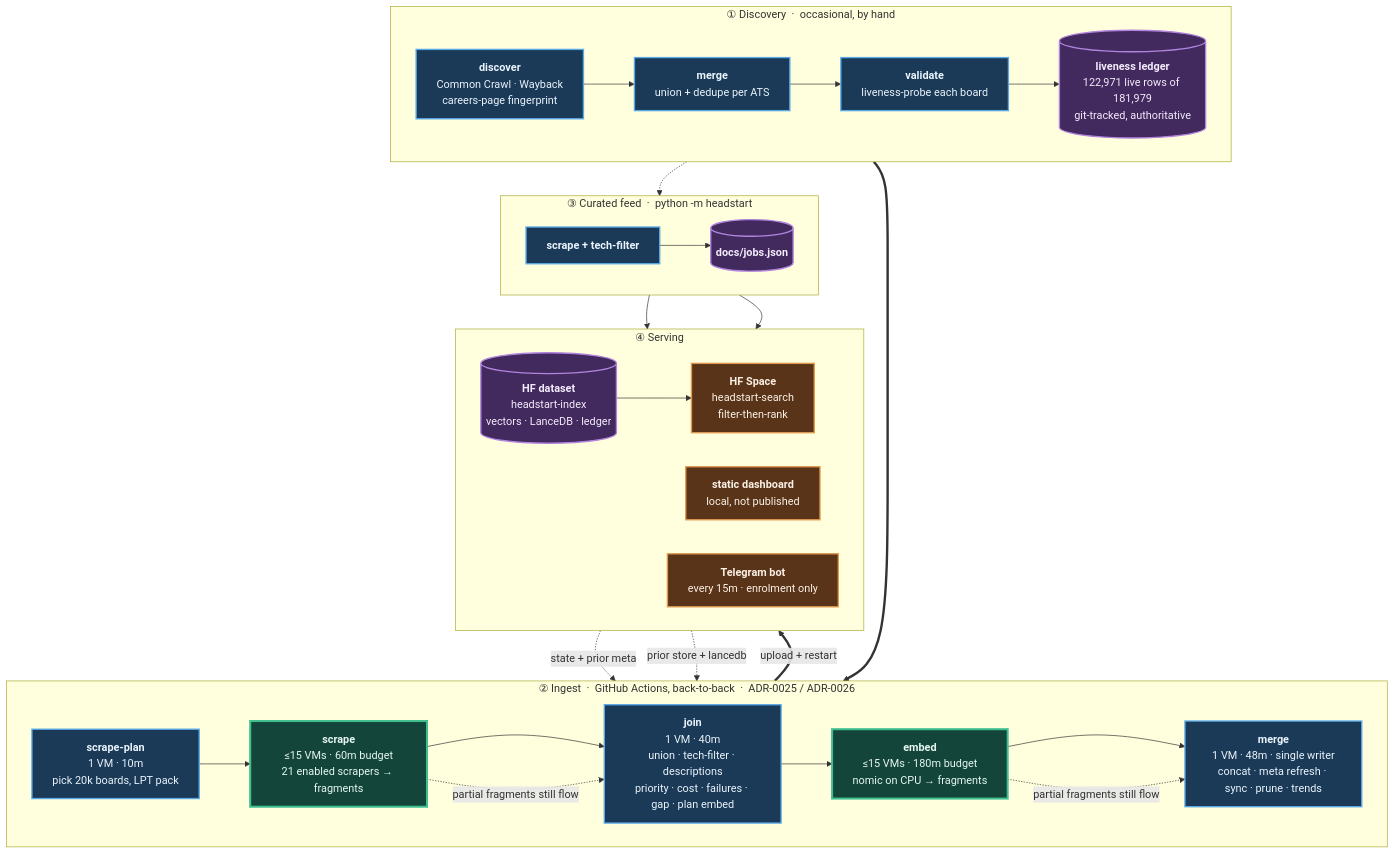
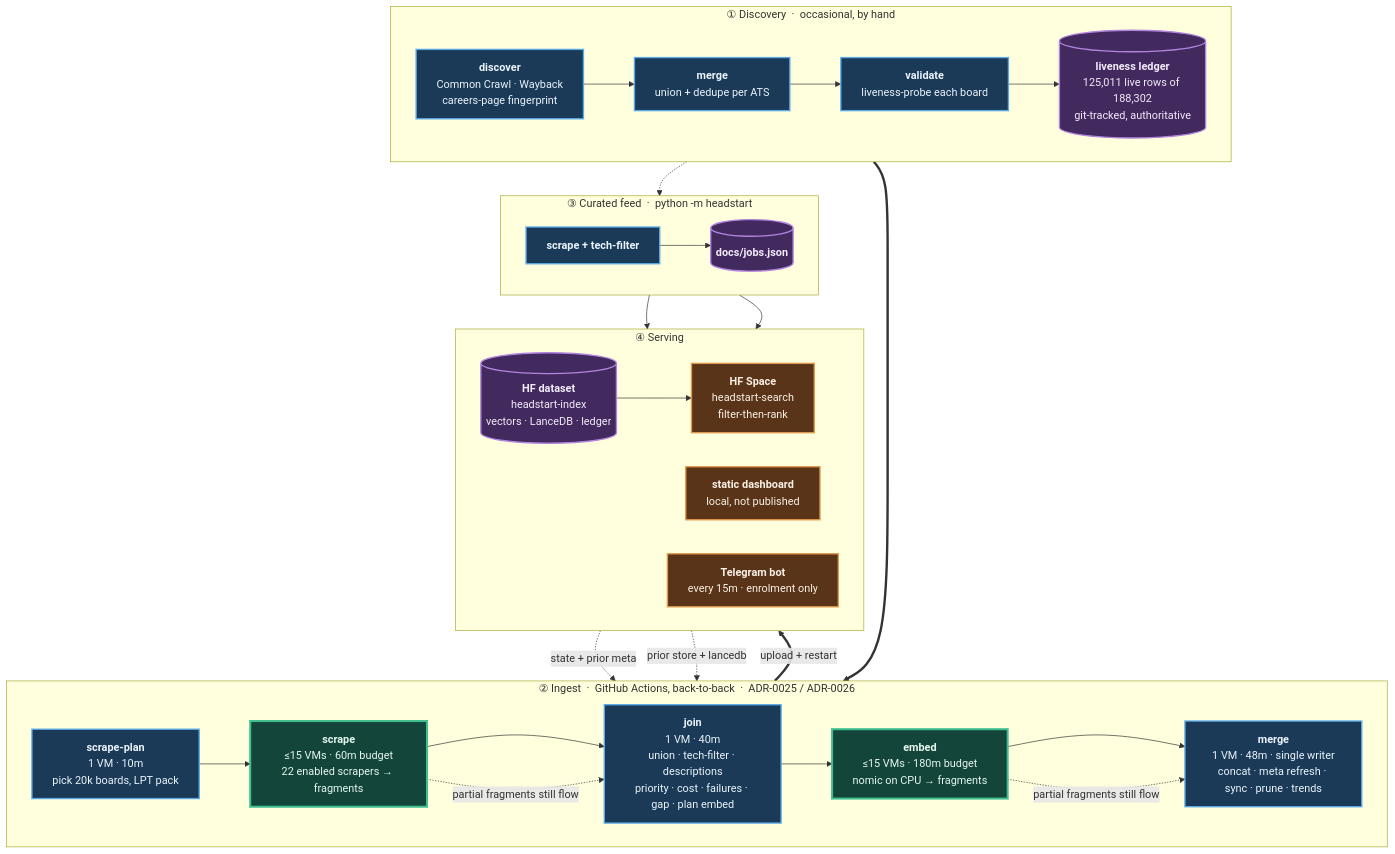
One commit to sarthakjain004/headstart changed the diagram in README.md. Above: the diagram before and after it, drawn with Mermaid. The commit also changed other lines of this file and 23 other files, not shown here.

````diff
--- a/README.md
+++ b/README.md
@@ -84,56 +84,56 @@
 ```mermaid
 flowchart TB
     subgraph D["① Discovery &nbsp;·&nbsp; occasional, by hand"]
         direction LR
         D1["<b>discover</b><br/>Common Crawl · Wayback<br/>careers-page fingerprint"]
         D2["<b>merge</b><br/>union + dedupe per ATS"]
         D3["<b>validate</b><br/>liveness-probe each board"]
-        D4[("<b>liveness ledger</b><br/>122,971 live rows of 181,979<br/>git-tracked, authoritative")]
+        D4[("<b>liveness ledger</b><br/>125,011 live rows of 188,302<br/>git-tracked, authoritative")]
         D1 --> D2 --> D3 --> D4
     end
 
     subgraph P["② Ingest &nbsp;·&nbsp; GitHub Actions, back-to-back &nbsp;·&nbsp; ADR-0025 / ADR-0026"]
         direction LR
         P1["<b>scrape-plan</b><br/>1 VM · 10m<br/>pick 20k boards, LPT pack"]
-        P2["<b>scrape</b><br/>≤15 VMs · 60m budget<br/>21 enabled scrapers → fragments"]
+        P2["<b>scrape</b><br/>≤15 VMs · 60m budget<br/>22 enabled scrapers → fragments"]
         P3["<b>join</b><br/>1 VM · 40m<br/>union · tech-filter · descriptions<br/>priority · cost · failures · gap · plan embed"]
         P4["<b>embed</b><br/>≤15 VMs · 180m budget<br/>nomic on CPU → fragments"]
         P5["<b>merge</b><br/>1 VM · 48m · single writer<br/>concat · meta refresh · sync · prune · trends"]
         P1 --> P2 --> P3 --> P4 --> P5
     end
 
     subgraph F["③ Curated feed &nbsp;·&nbsp; python -m headstart"]
         direction LR
         F1["<b>scrape + tech-filter</b>"]
         F2[("<b>docs/jobs.json</b>")]
         F1 --> F2
     end
 
     subgraph S["④ Serving"]
         direction LR
         S1[("<b>HF dataset</b><br/>headstart-index<br/>vectors · LanceDB · ledger")]
         S2["<b>HF Space</b><br/>headstart-search<br/>filter-then-rank"]
         S3["<b>static dashboard</b><br/>local, not published"]
         S4["<b>Telegram bot</b><br/>every 15m · enrolment only"]
         S1 --> S2
     end
 
     D4 ==> P1
     S1 -. "state + prior meta" .-> P1
     S1 -. "prior store + lancedb" .-> P5
     D4 -.-> F1
     P5 ==>|"upload + restart"| S1
     F2 --> S3
     F2 --> S4
     P2 -. "partial fragments still flow" .-> P3
     P4 -. "partial fragments still flow" .-> P5
 
     classDef serial fill:#1b3a57,stroke:#5aa9e6,stroke-width:2px,color:#eaf4fc
     classDef fan fill:#14453a,stroke:#3fbf8f,stroke-width:3px,color:#e4f7f0
     classDef store fill:#42295e,stroke:#b184dd,stroke-width:2px,color:#f4ecfc
     classDef serve fill:#5a3418,stroke:#e09a4f,stroke-width:2px,color:#fbf1e6
     class D1,D2,D3,P1,P3,P5,F1 serial
     class P2,P4 fan
     class D4,F2,S1 store
     class S2,S3,S4 serve
 ```
````
